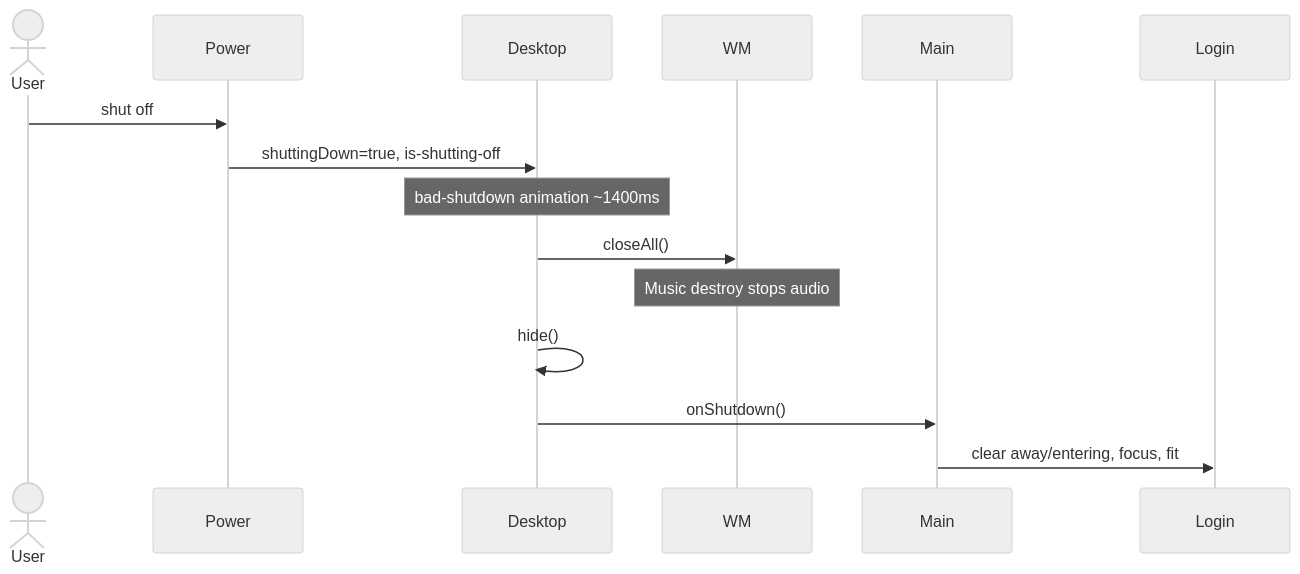
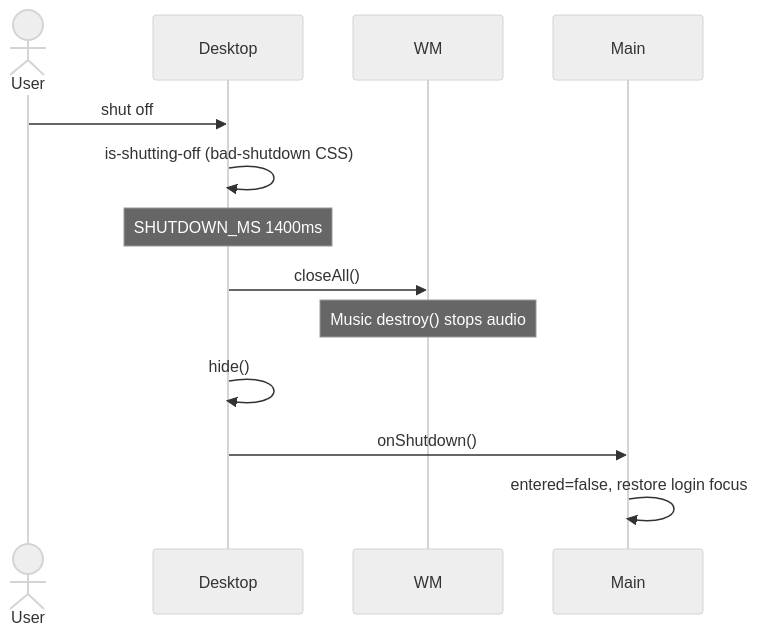
Before and after one commit to ZhaLuc/xuanOS: the diagram in docs/workflows/shutdown.md, drawn with Mermaid (neutral theme). The commit also changed other lines of this file and 3 other files, not shown here.

Commit message:
Expand workflow documentation for login, desktop, and shutdown.

````diff
--- a/docs/workflows/shutdown.md
+++ b/docs/workflows/shutdown.md
@@ -17,18 +17,16 @@
 ```mermaid
 sequenceDiagram
   actor User
-  participant Power
   participant Desktop
   participant WM
   participant Main
-  participant Login
 
-  User->>Power: shut off
-  Power->>Desktop: shuttingDown=true, is-shutting-off
-  Note over Desktop: bad-shutdown animation ~1400ms
+  User->>Desktop: shut off
+  Desktop->>Desktop: is-shutting-off (bad-shutdown CSS)
+  Note over Desktop: SHUTDOWN_MS 1400ms
   Desktop->>WM: closeAll()
-  Note over WM: Music destroy stops audio
+  Note over WM: Music destroy() stops audio
   Desktop->>Desktop: hide()
   Desktop->>Main: onShutdown()
-  Main->>Login: clear away/entering, focus, fit
+  Main->>Main: entered=false, restore login focus
 ```
````
